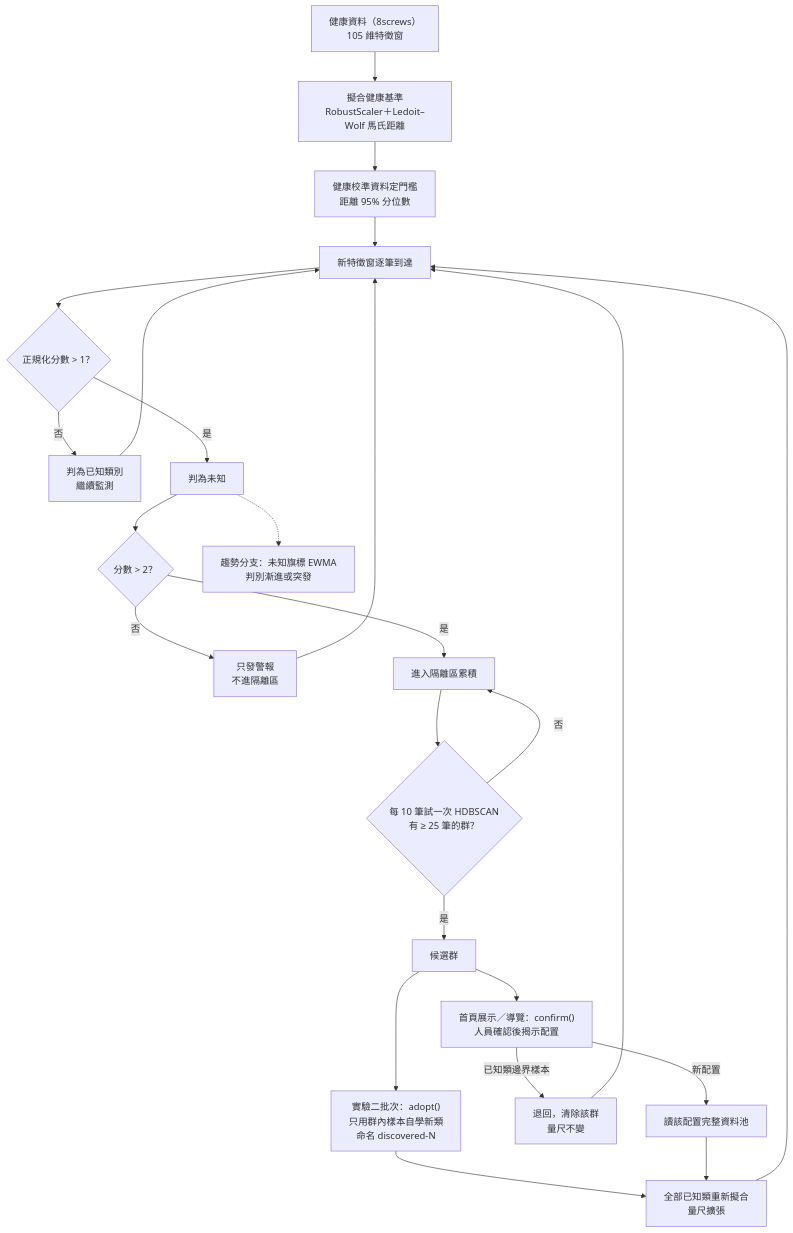
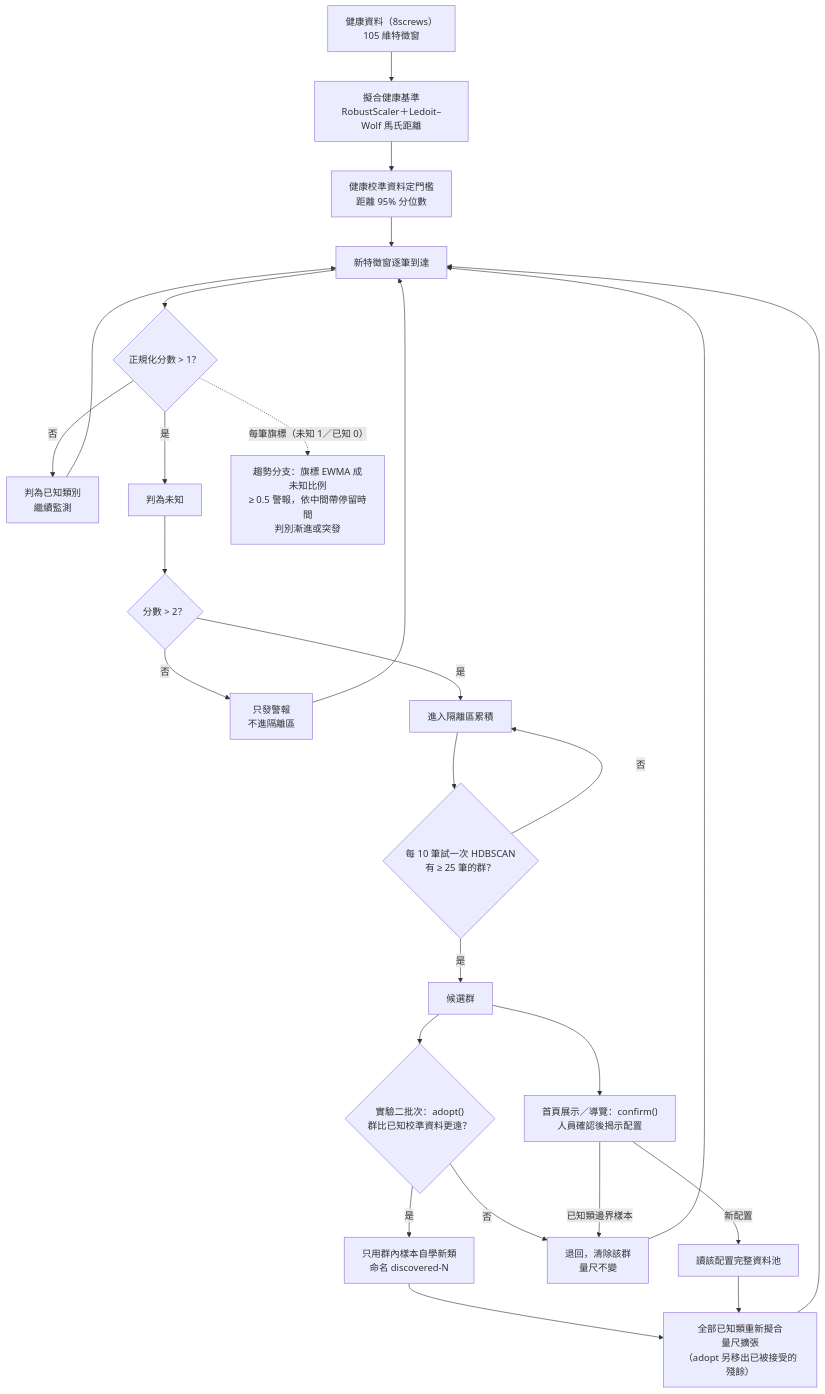
One commit to Drone-Motors-Unknown-Faults-Detection/Capstone-Project changed the diagram in docs/FinalReport/figures/src/fig1-1_研究流程.mmd. Above: the diagram before and after it, drawn with Mermaid. The commit also changed 2 other files, not shown here.

Commit message:
文件(報告)：圖1.1 趨勢分支改由逐筆判斷接出，並補上 adopt() 邊界退回與清殘餘；1.5、1.6 文字同步
Closes Drone-Motors-Unknown-Faults-Detection/Capstone-Project#232

```diff
--- a/docs/FinalReport/figures/src/fig1-1_研究流程.mmd
+++ b/docs/FinalReport/figures/src/fig1-1_研究流程.mmd
@@ -1,24 +1,26 @@
 flowchart TD
   H["健康資料（8screws）<br/>105 維特徵窗"] --> FIT["擬合健康基準<br/>RobustScaler＋Ledoit–Wolf 馬氏距離"]
   FIT --> CAL["健康校準資料定門檻<br/>距離 95% 分位數"]
   CAL --> X["新特徵窗逐筆到達"]
   X --> D{"正規化分數 > 1？"}
   D -- 否 --> K["判為已知類別<br/>繼續監測"]
   D -- 是 --> U["判為未知"]
+  D -. "每筆旗標（未知 1／已知 0）" .-> T["趨勢分支：旗標 EWMA 成未知比例<br/>≥ 0.5 警報，依中間帶停留時間<br/>判別漸進或突發"]
   U --> G{"分數 > 2？"}
   G -- 否 --> B["只發警報<br/>不進隔離區"]
   G -- 是 --> Q["進入隔離區累積"]
   Q --> C{"每 10 筆試一次 HDBSCAN<br/>有 ≥ 25 筆的群？"}
   C -- 否 --> Q
   C -- 是 --> P["候選群"]
-  P --> A1["實驗二批次：adopt()<br/>只用群內樣本自學新類<br/>命名 discovered-N"]
+  P --> A1{"實驗二批次：adopt()<br/>群比已知校準資料更遠？"}
+  A1 -- 是 --> A4["只用群內樣本自學新類<br/>命名 discovered-N"]
+  A1 -- 否 --> R
   P --> A2["首頁展示／導覽：confirm()<br/>人員確認後揭示配置"]
   A2 -- 已知類邊界樣本 --> R["退回，清除該群<br/>量尺不變"]
   A2 -- 新配置 --> A3["讀該配置完整資料池"]
-  A1 --> RF["全部已知類重新擬合<br/>量尺擴張"]
+  A4 --> RF["全部已知類重新擬合<br/>量尺擴張<br/>（adopt 另移出已被接受的殘餘）"]
   A3 --> RF
   RF --> X
   K --> X
   B --> X
   R --> X
-  U -.-> T["趨勢分支：未知旗標 EWMA<br/>判別漸進或突發"]
```
